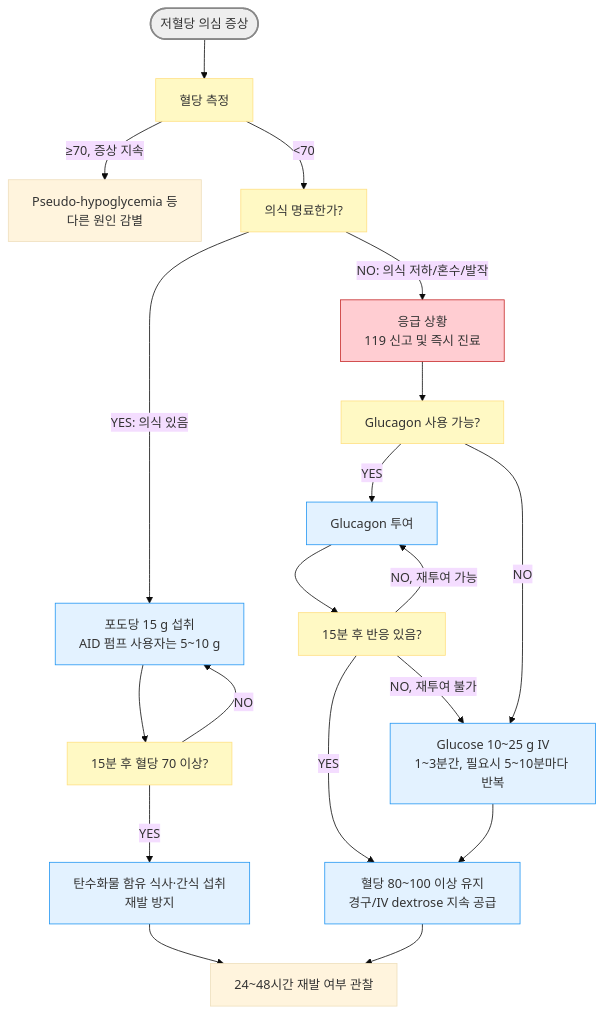
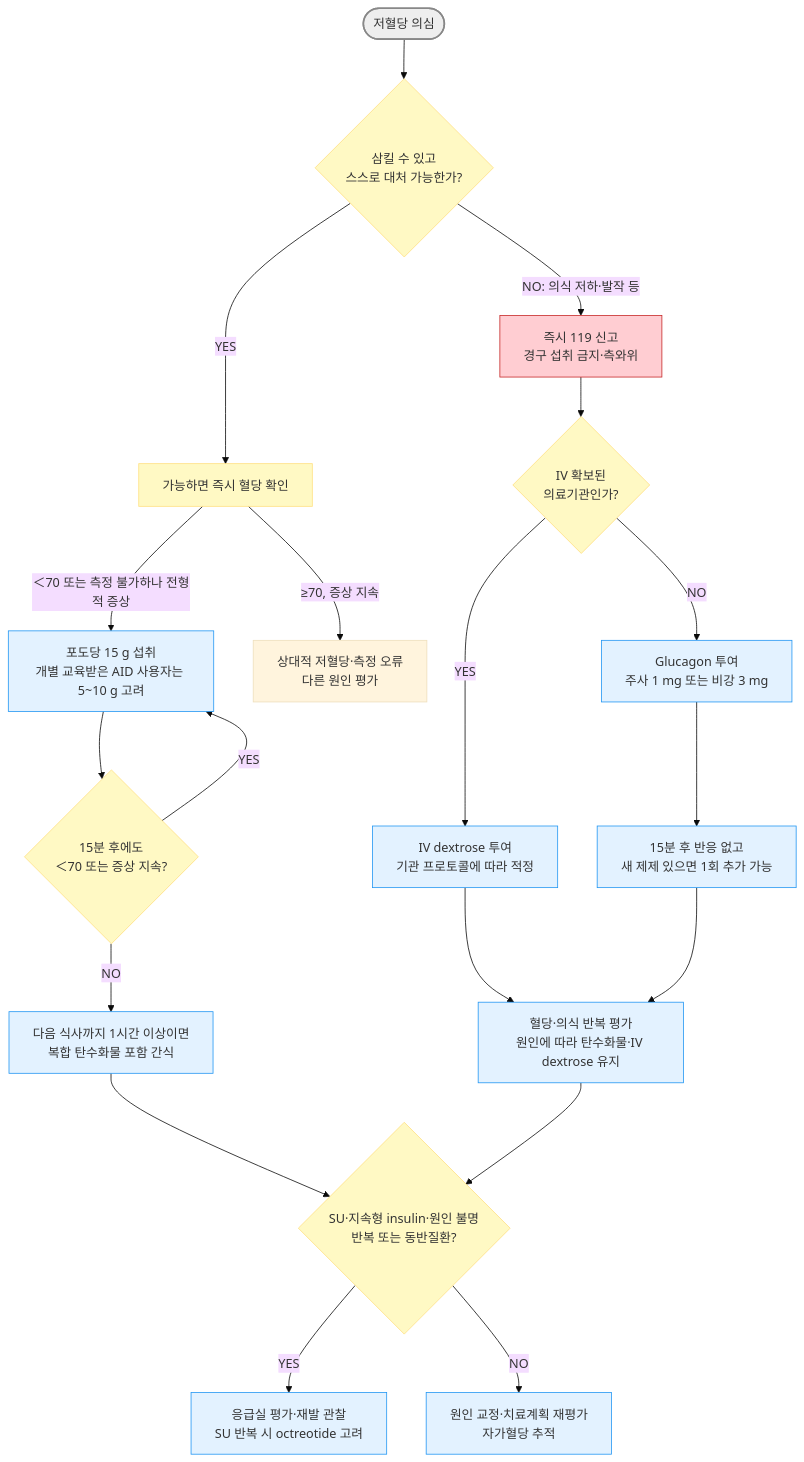
The diagram in 226_/103_-hypoglycemia-diabetic.md (familyoh77/familyoh77), drawn with Mermaid (base theme) before and after one commit. The commit also changed other lines of this file, not shown here.

````diff
--- a/226_/103_-hypoglycemia-diabetic.md
+++ b/226_/103_-hypoglycemia-diabetic.md
@@ -134,28 +138,28 @@
 ```mermaid
 graph TD
-    A([저혈당 의심 증상]) --> B[혈당 측정]
-    B -->|≥70, 증상 지속| D[Pseudo-hypoglycemia 등\n다른 원인 감별]
-    B -->|<70| E[의식 명료한가?]
-    E -->|YES: 의식 있음| F[포도당 15 g 섭취\nAID 펌프 사용자는 5~10 g]
-    F --> G[15분 후 혈당 70 이상?]
-    G -->|NO| F
-    G -->|YES| H[탄수화물 함유 식사·간식 섭취\n재발 방지]
-    E -->|NO: 의식 저하/혼수/발작| I[응급 상황\n119 신고 및 즉시 진료]
-    I --> J[Glucagon 사용 가능?]
-    J -->|YES| K[Glucagon 투여]
-    K --> M[15분 후 반응 있음?]
-    M -->|NO, 재투여 가능| K
-    M -->|NO, 재투여 불가| L[Glucose 10~25 g IV\n1~3분간, 필요시 5~10분마다 반복]
-    J -->|NO| L
-    M -->|YES| N[혈당 80~100 이상 유지\n경구/IV dextrose 지속 공급]
-    L --> N
-    H --> O[24~48시간 재발 여부 관찰]
-    N --> O
+    A([저혈당 의심]) --> B{삼킬 수 있고<br/>스스로 대처 가능한가?}
+    B -->|YES| C[가능하면 즉시 혈당 확인]
+    C -->|＜70 또는 측정 불가하나 전형적 증상| D[포도당 15 g 섭취<br/>개별 교육받은 AID 사용자는 5~10 g 고려]
+    C -->|≥70, 증상 지속| E[상대적 저혈당·측정 오류<br/>다른 원인 평가]
+    D --> F{15분 후에도<br/>＜70 또는 증상 지속?}
+    F -->|YES| D
+    F -->|NO| G[다음 식사까지 1시간 이상이면<br/>복합 탄수화물 포함 간식]
+    B -->|NO: 의식 저하·발작 등| H[즉시 119 신고<br/>경구 섭취 금지·측와위]
+    H --> I{IV 확보된<br/>의료기관인가?}
+    I -->|YES| J[IV dextrose 투여<br/>기관 프로토콜에 따라 적정]
+    I -->|NO| K[Glucagon 투여<br/>주사 1 mg 또는 비강 3 mg]
+    K --> L[15분 후 반응 없고<br/>새 제제 있으면 1회 추가 가능]
+    J --> M[혈당·의식 반복 평가<br/>원인에 따라 탄수화물·IV dextrose 유지]
+    L --> M
+    G --> N{SU·지속형 insulin·원인 불명<br/>반복 또는 동반질환?}
+    M --> N
+    N -->|YES| O[응급실 평가·재발 관찰<br/>SU 반복 시 octreotide 고려]
+    N -->|NO| P[원인 교정·치료계획 재평가<br/>자가혈당 추적]
 
     style A fill:#eeeeee,stroke:#888888,stroke-width:2px
+    style H fill:#ffcdd2,stroke:#c62828
     classDef yellow fill:#fff9c4,stroke:#ffe082
-    class B,G,J,M,E yellow
-    style I fill:#ffcdd2,stroke:#c62828
+    class B,C,F,I,N yellow
     classDef sky fill:#e3f2ff,stroke:#2196f3
-    class K,F,L,N,H sky
+    class D,G,J,K,L,M,O,P sky
 ```
````
